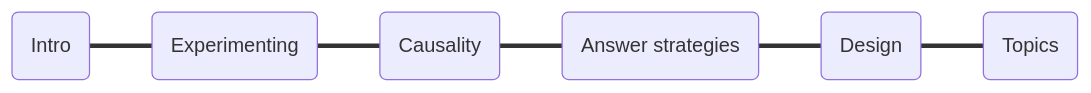
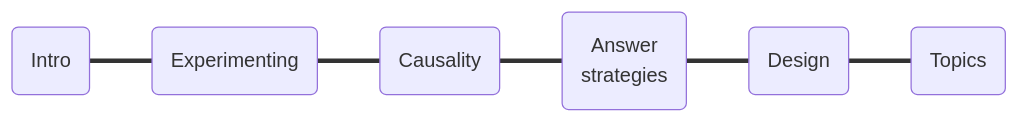
Before and after one commit to macartan/ci: the first of 3 diagrams in docs/index.qmd, drawn with Mermaid. The commit also changed other lines of this file and 49 other files, not shown here.

````diff
--- a/docs/index.qmd
+++ b/docs/index.qmd
@@ -14,11 +14,11 @@
 ```{mermaid}
-%%{init: {"flowchart": {"htmlLabels": false}} }%%
+%%{init: {"flowchart": {"htmlLabels": true}} }%%
 flowchart LR
-    A("Intro") === B("Experimenting") === C("Causality") === D("Answer strategies") === E("Design") === F("Topics")
+    A("Intro") === B("Experimenting") === C("Causality") === D("Answer<br>strategies") === E("Design") === F("Topics")
     click A "https://macartan.github.io/ci/experiments_2026/intro.html"
     click B "https://macartan.github.io/ci/experiments_2026/experimenting.html"
     click C "https://macartan.github.io/ci/experiments_2026/causality.html"
     click D "https://macartan.github.io/ci/experiments_2026/analysis.html"
     click E "https://macartan.github.io/ci/experiments_2026/design.html"
     click F "https://macartan.github.io/ci/experiments_2026/topics.html"
 ```
````
